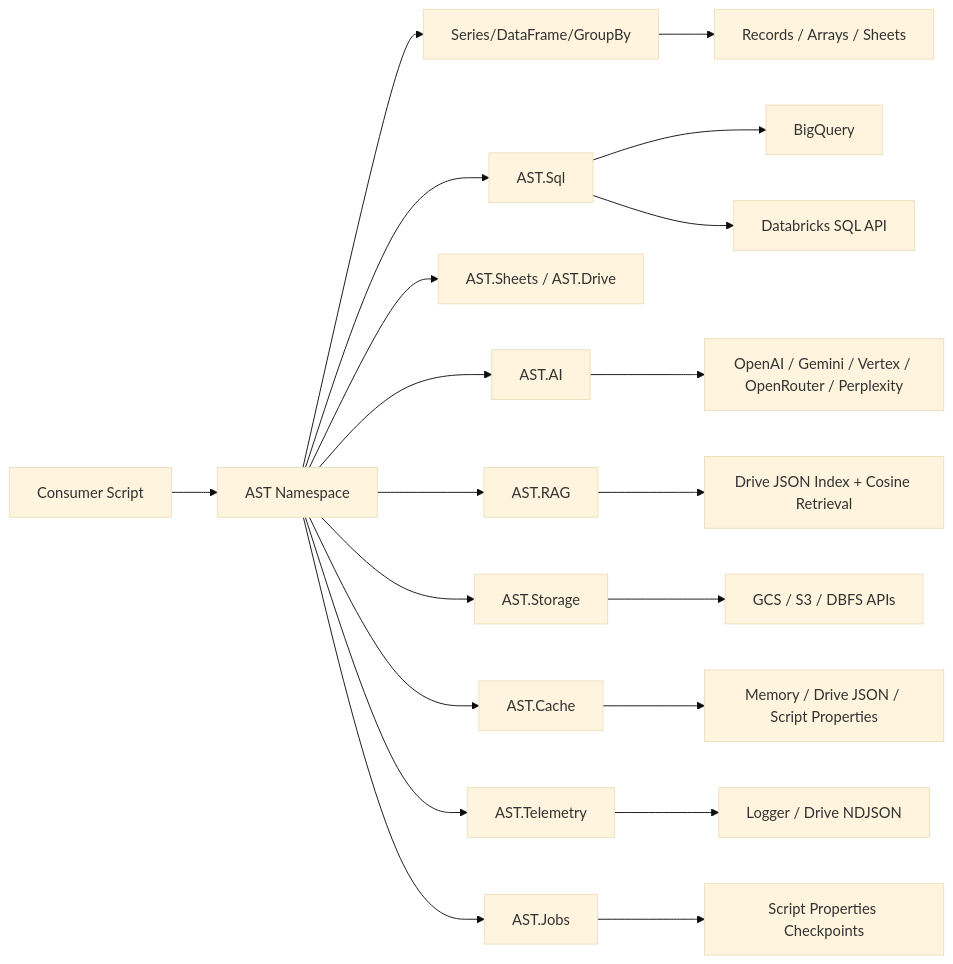
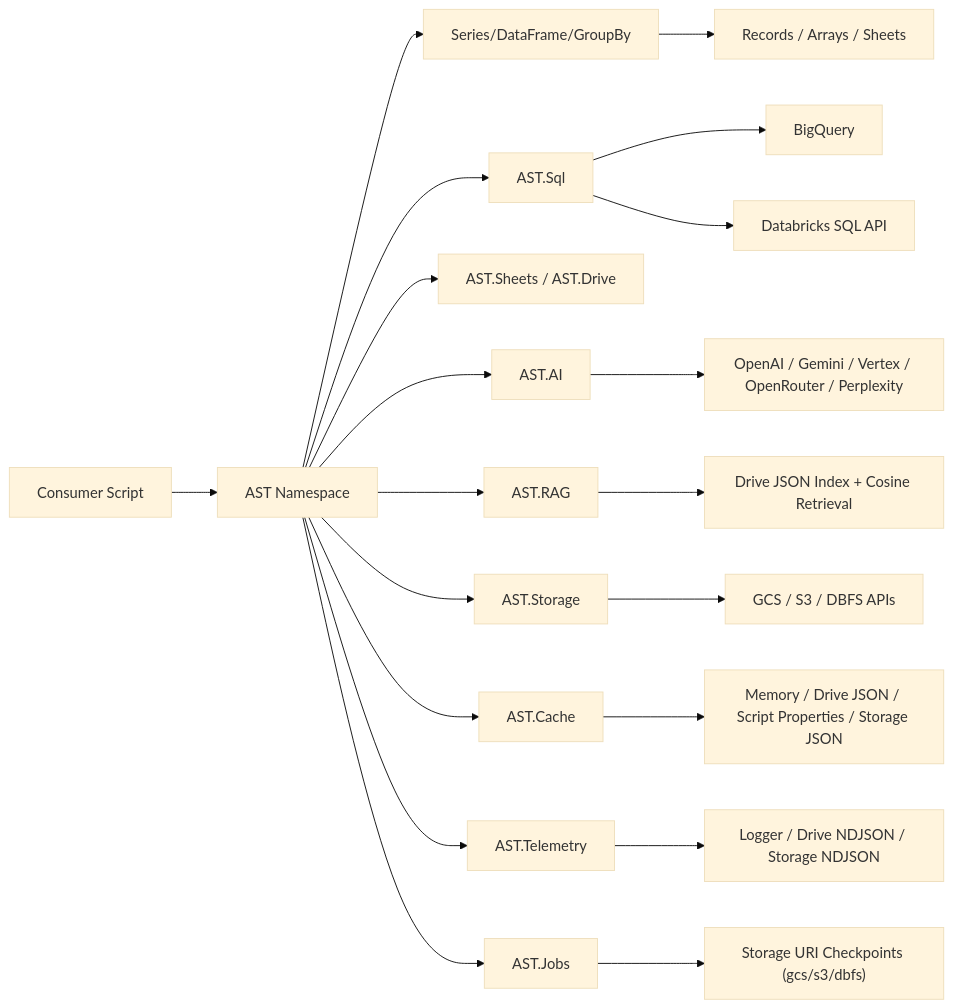
The diagram in docs/index.md (joe-broadhead/apps-script-tools), drawn with Mermaid (base theme) before and after one commit. The commit also changed other lines of this file and 12 other files, not shown here.

````diff
--- a/docs/index.md
+++ b/docs/index.md
@@ -31,22 +31,22 @@
 ```mermaid
 flowchart LR
     A[Consumer Script] --> B[AST Namespace]
     B --> C[Series/DataFrame/GroupBy]
     B --> D[AST.Sql]
     B --> E[AST.Sheets / AST.Drive]
     B --> I[AST.AI]
     B --> K[AST.RAG]
     B --> M[AST.Storage]
     B --> Q[AST.Cache]
     B --> O[AST.Telemetry]
     B --> T[AST.Jobs]
     D --> F[BigQuery]
     D --> G[Databricks SQL API]
     I --> J[OpenAI / Gemini / Vertex / OpenRouter / Perplexity]
     K --> L[Drive JSON Index + Cosine Retrieval]
     M --> N[GCS / S3 / DBFS APIs]
-    Q --> R[Memory / Drive JSON / Script Properties]
-    O --> P[Logger / Drive NDJSON]
-    T --> U[Script Properties Checkpoints]
+    Q --> R["Memory / Drive JSON / Script Properties / Storage JSON"]
+    O --> P[Logger / Drive NDJSON / Storage NDJSON]
+    T --> U["Storage URI Checkpoints (gcs/s3/dbfs)"]
     C --> H[Records / Arrays / Sheets]
 ```
````
